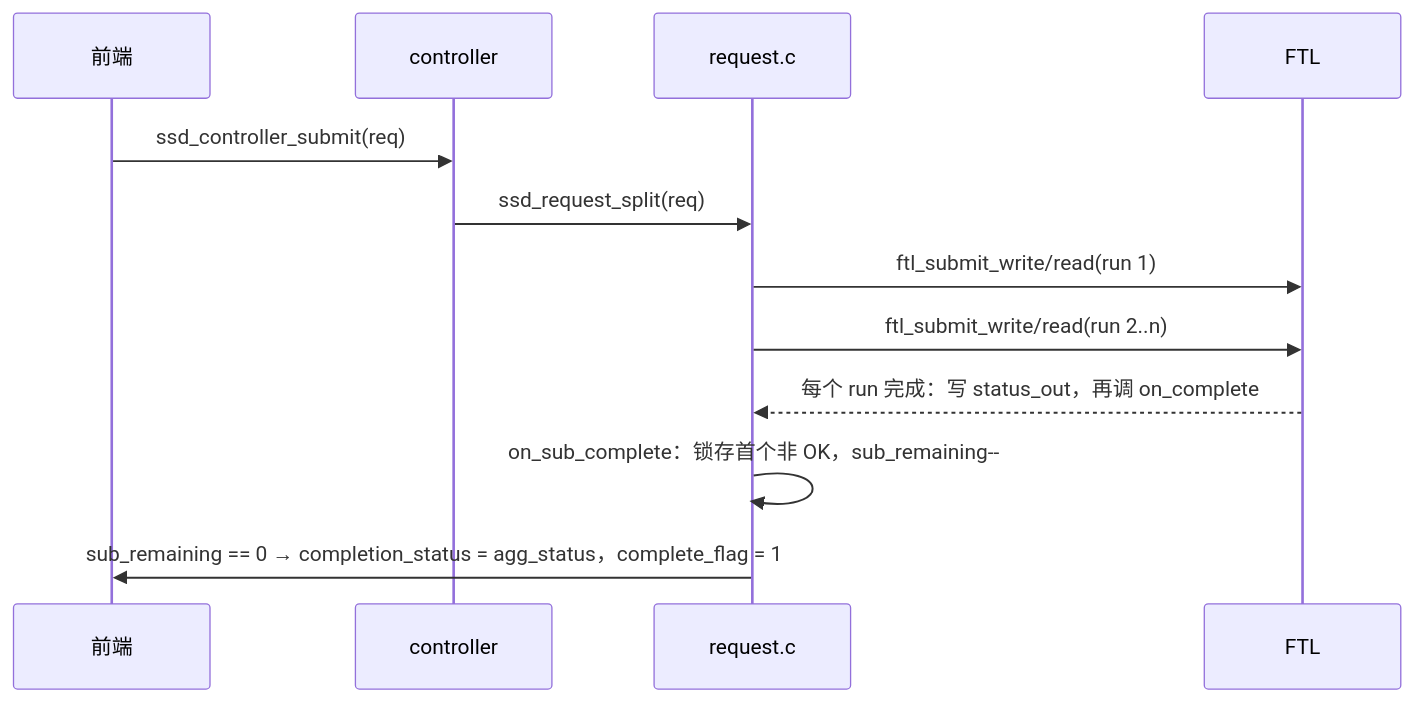
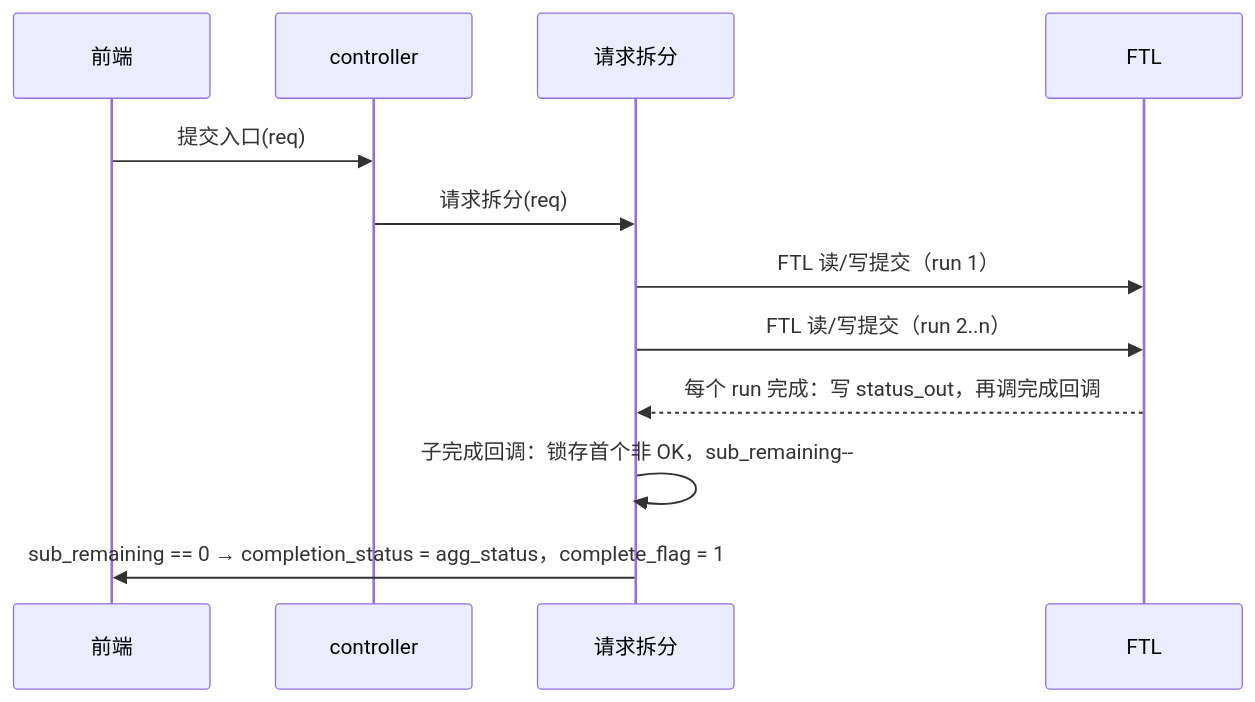
One commit to YzYMIAO/BASESSD changed the second of 2 diagrams in docs/design/hil_design.md. Above: the diagram before and after it, drawn with Mermaid. The commit also changed other lines of this file and 49 other files, not shown here.

````diff
--- a/docs/design/hil_design.md
+++ b/docs/design/hil_design.md
@@ -301,14 +296,14 @@
 ```mermaid
 sequenceDiagram
     participant F as 前端
     participant C as controller
-    participant S as request.c
+    participant S as 请求拆分
     participant T as FTL
-    F->>C: ssd_controller_submit(req)
-    C->>S: ssd_request_split(req)
-    S->>T: ftl_submit_write/read(run 1)
-    S->>T: ftl_submit_write/read(run 2..n)
-    T-->>S: 每个 run 完成：写 status_out，再调 on_complete
-    S->>S: on_sub_complete：锁存首个非 OK，sub_remaining--
+    F->>C: 提交入口(req)
+    C->>S: 请求拆分(req)
+    S->>T: FTL 读/写提交（run 1）
+    S->>T: FTL 读/写提交（run 2..n）
+    T-->>S: 每个 run 完成：写 status_out，再调完成回调
+    S->>S: 子完成回调：锁存首个非 OK，sub_remaining--
     S->>F: sub_remaining == 0 → completion_status = agg_status，complete_flag = 1
 ```
````
